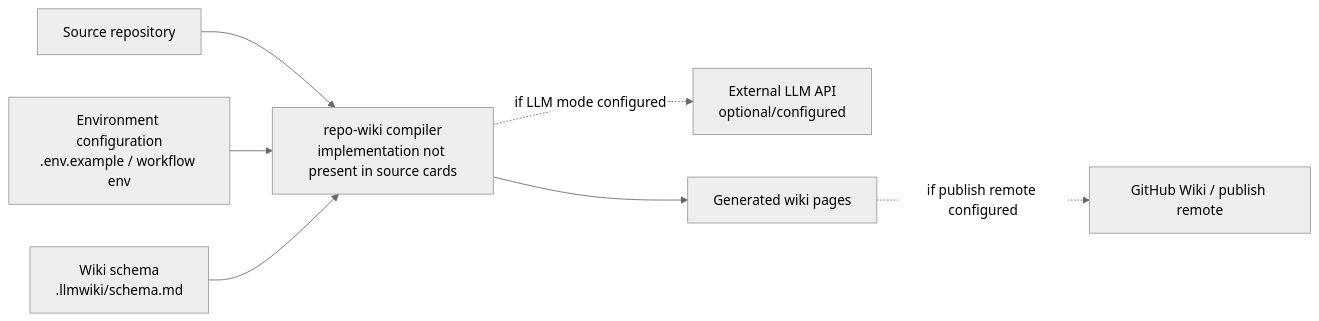
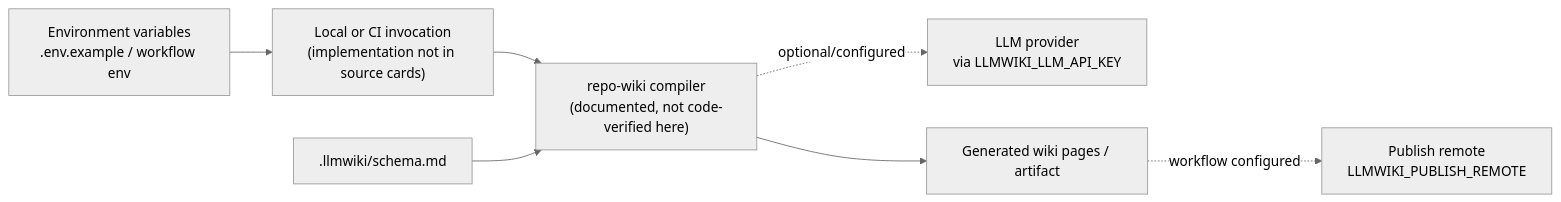
Before and after one commit to mfittko/repo-wiki: the third of 4 diagrams in Architecture.md, drawn with Mermaid (neutral theme). The commit also changed other lines of this file and 43 other files, not shown here.

Commit message:
Compile repository wiki 2026-05-13T12:54:49.854Z

````diff
--- a/Architecture.md
+++ b/Architecture.md
@@ -270,17 +184,17 @@
 ```mermaid
 flowchart LR
-  SourceRepo["Source repository"]
-  Config["Environment configuration<br/>.env.example / workflow env"]
-  Schema["Wiki schema<br/>.llmwiki/schema.md"]
-  Compiler["repo-wiki compiler<br/>implementation not present in source cards"]
-  LLM["External LLM API<br/>optional/configured"]
-  WikiOutput["Generated wiki pages"]
-  PublishRemote["GitHub Wiki / publish remote"]
+  Env["Environment variables<br/>.env.example / workflow env"]
+  Invocation["Local or CI invocation<br/>(implementation not in source cards)"]
+  Compiler["repo-wiki compiler<br/>(documented, not code-verified here)"]
+  Schema[".llmwiki/schema.md"]
+  LLM["LLM provider<br/>via LLMWIKI_LLM_API_KEY"]
+  WikiOut["Generated wiki pages / artifact"]
+  Publish["Publish remote<br/>LLMWIKI_PUBLISH_REMOTE"]
 
-  SourceRepo --> Compiler
-  Config --> Compiler
+  Env --> Invocation
+  Invocation --> Compiler
   Schema --> Compiler
-  Compiler -.if LLM mode configured.-> LLM
-  Compiler --> WikiOutput
-  WikiOutput -.if publish remote configured.-> PublishRemote
+  Compiler -. optional/configured .-> LLM
+  Compiler --> WikiOut
+  WikiOut -. workflow configured .-> Publish
 ```
````
